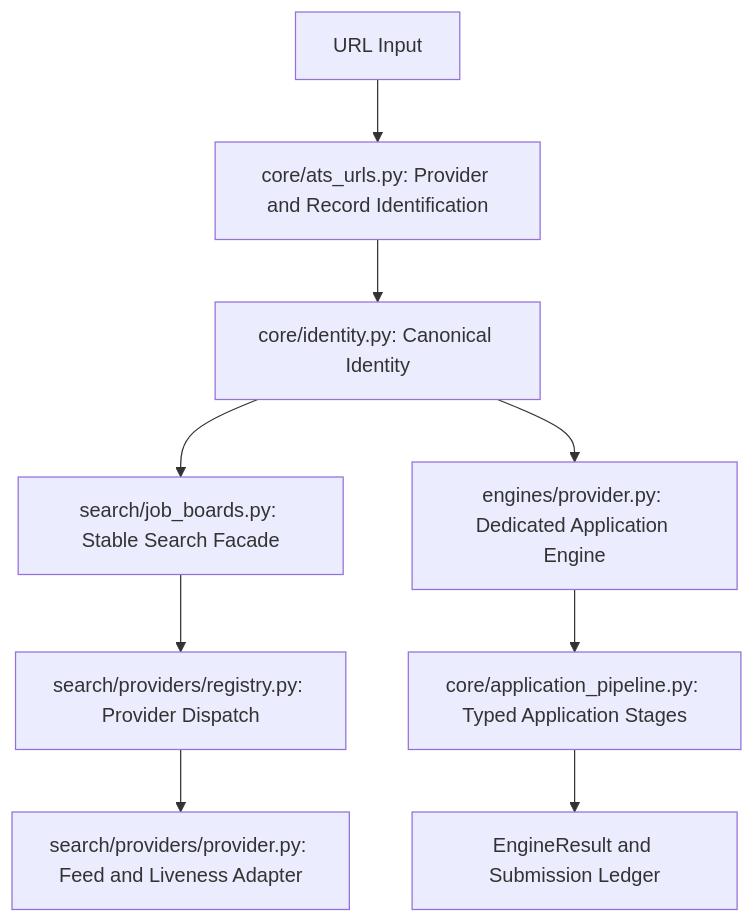
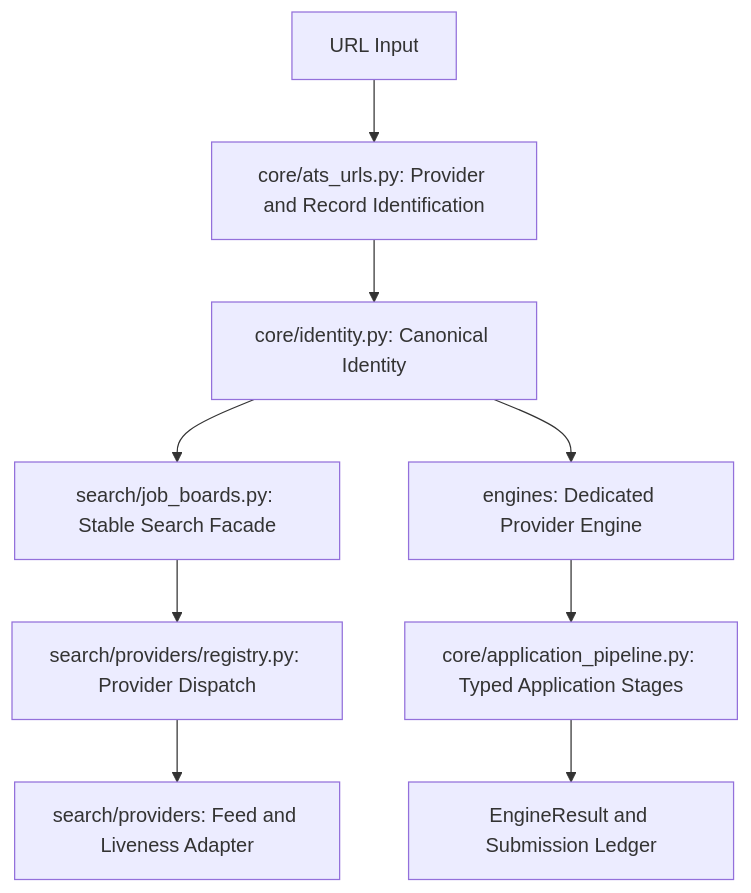
The second of 3 diagrams in docs/ATS_AUTOMATION_FEASIBILITY_AND_RICE.md (beastofbayarea/Job-App-Automation), drawn with Mermaid before and after one commit.

Commit message:
docs(ats): avoid placeholder module names in architecture diagram
Label provider adapter directories as architectural boundaries without implying that literal provider.py modules exist.

````diff
--- a/docs/ATS_AUTOMATION_FEASIBILITY_AND_RICE.md
+++ b/docs/ATS_AUTOMATION_FEASIBILITY_AND_RICE.md
@@ -63,11 +63,11 @@
 ```mermaid
 graph TD
     A[URL Input] --> B[core/ats_urls.py: Provider and Record Identification]
     B --> C[core/identity.py: Canonical Identity]
     C --> D[search/job_boards.py: Stable Search Facade]
     D --> E[search/providers/registry.py: Provider Dispatch]
-    E --> F[search/providers/provider.py: Feed and Liveness Adapter]
-    C --> G[engines/provider.py: Dedicated Application Engine]
+    E --> F[search/providers: Feed and Liveness Adapter]
+    C --> G[engines: Dedicated Provider Engine]
     G --> H[core/application_pipeline.py: Typed Application Stages]
     H --> I[EngineResult and Submission Ledger]
 ```
````
